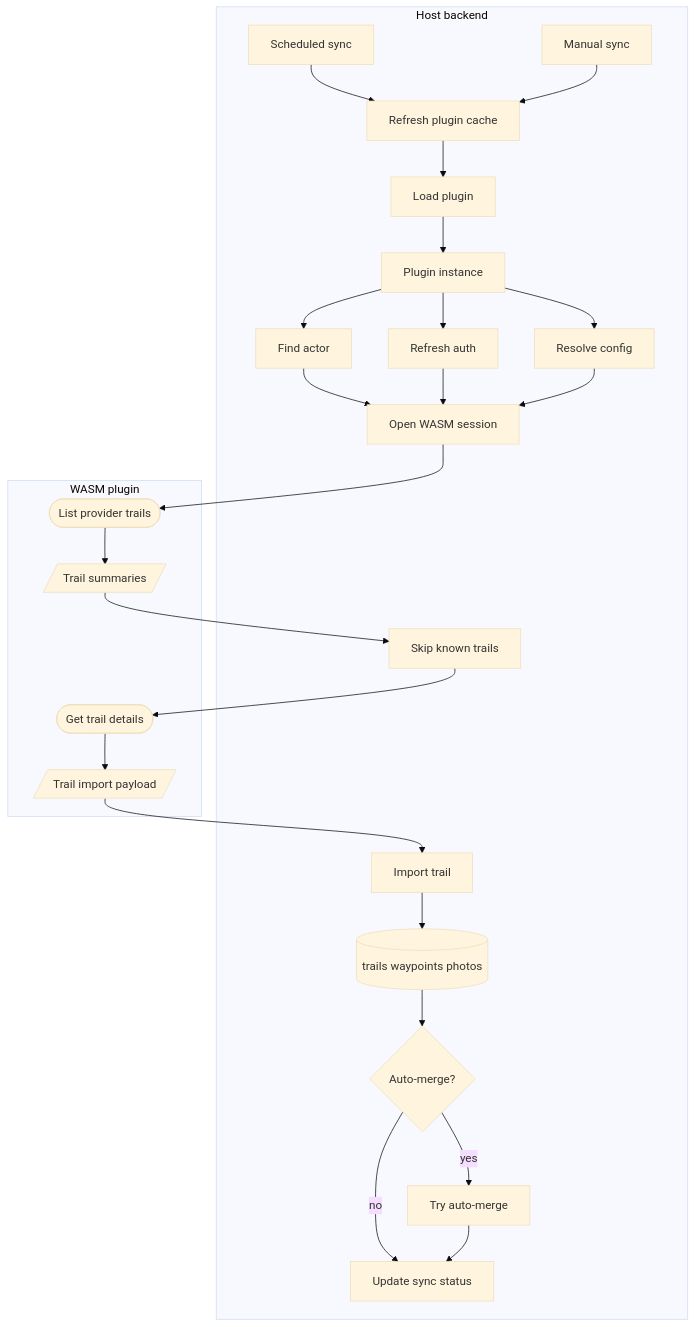
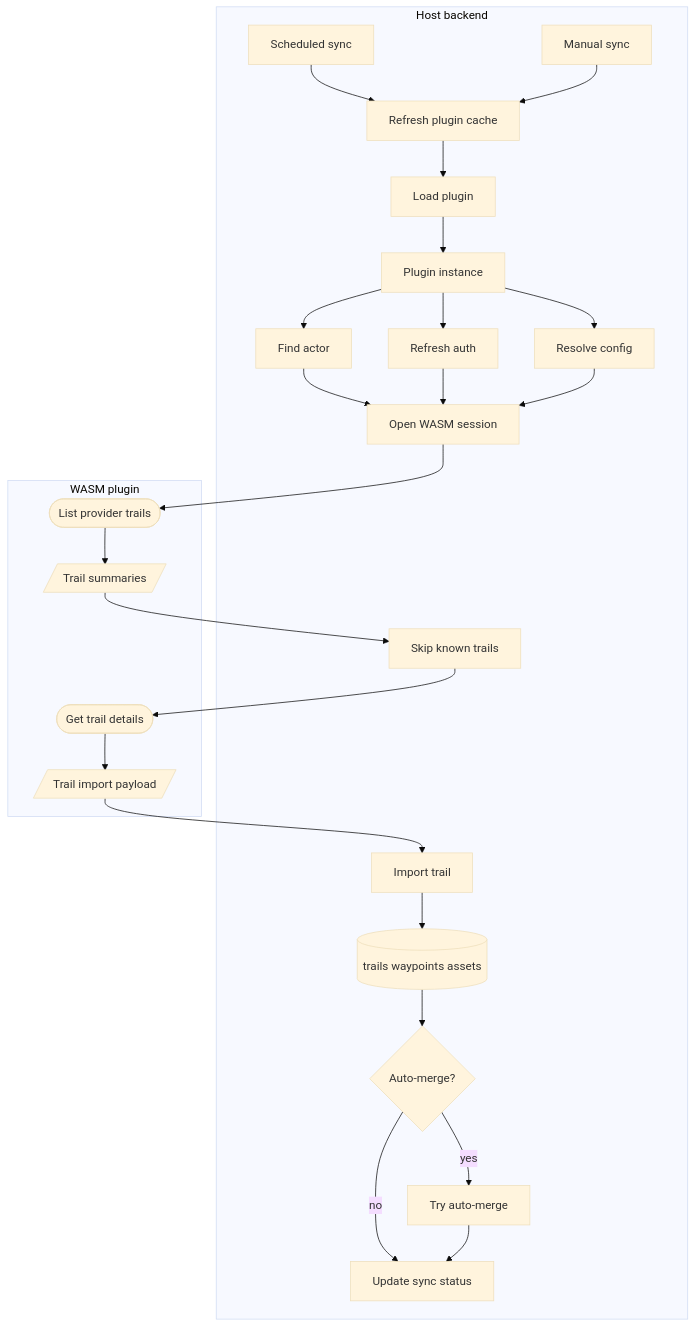
Before and after one commit to open-wanderer/wanderer: the first of 11 diagrams in plugins/README.md, drawn with Mermaid (base theme). The commit also changed other lines of this file and 34 other files, not shown here.

````diff
--- a/plugins/README.md
+++ b/plugins/README.md
@@ -51,49 +51,49 @@
 ```mermaid
 flowchart TD
   subgraph Host[Host backend]
     Manual[Manual sync]
     Cron[Scheduled sync]
     Discover[Refresh plugin cache]
     LoadPlugin[Load plugin]
     Instance[Plugin instance]
     Actor[Find actor]
     Auth[Refresh auth]
     Config[Resolve config]
     Session[Open WASM session]
     Dedupe[Skip known trails]
     Import[Import trail]
-    Records[(trails waypoints photos)]
+    Records[(trails waypoints assets)]
     Merge{Auto-merge?}
     AutoMerge[Try auto-merge]
     Done[Update sync status]
   end
 
   subgraph Plugin[WASM plugin]
     ListExport([List provider trails])
     DetailExport([Get trail details])
     Summaries[/Trail summaries/]
     TrailImport[/Trail import payload/]
   end
 
   Cron --> Discover
   Manual --> Discover
   Discover --> LoadPlugin
   LoadPlugin --> Instance
   Instance --> Actor
   Instance --> Auth
   Instance --> Config
   Actor --> Session
   Auth --> Session
   Config --> Session
   Session --> ListExport
   ListExport --> Summaries
   Summaries --> Dedupe
   Dedupe --> DetailExport
   DetailExport --> TrailImport
   TrailImport --> Import
   Import --> Records
   Records --> Merge
   Merge -->|yes| AutoMerge
   Merge -->|no| Done
   AutoMerge --> Done
 ```
````
